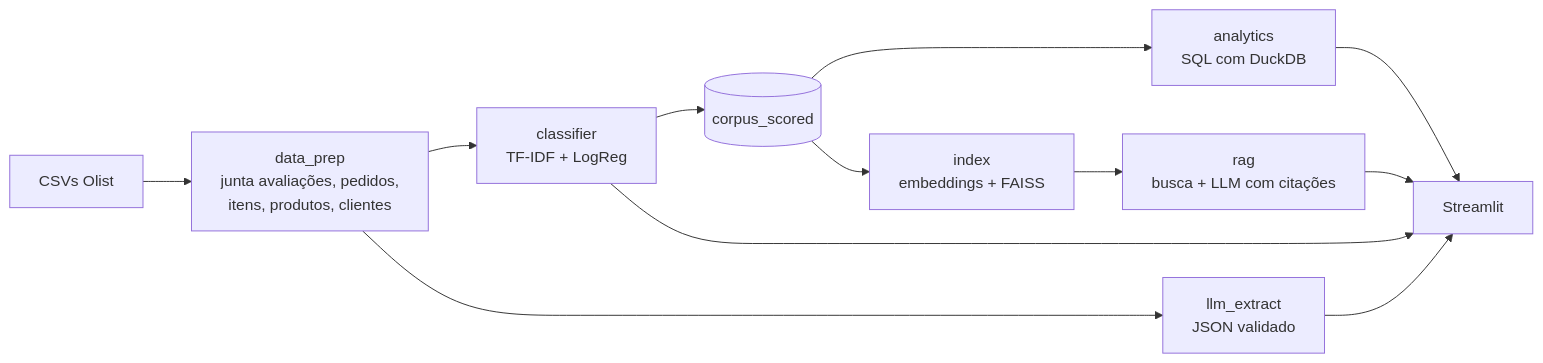
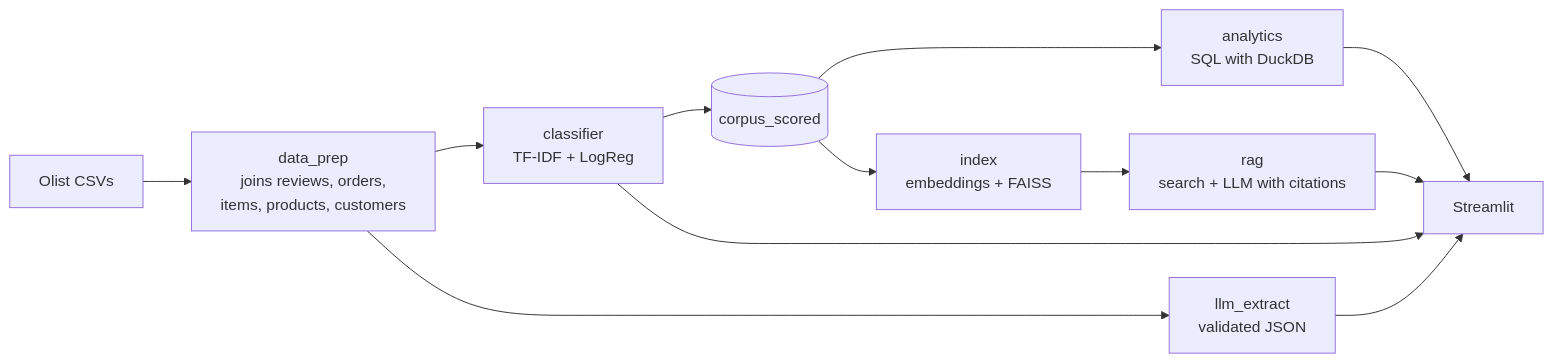
One commit to rodrigodriemeier/Voice-of-Customer-Intelligence-NLP-LLMs-RAG-on-100k-Olist-Reviews changed the diagram in README.md. Above: the diagram before and after it, drawn with Mermaid. The commit also changed other lines of this file and 3 other files, not shown here.

````diff
--- a/README.md
+++ b/README.md
@@ -63,14 +65,14 @@
 ```mermaid
 flowchart LR
-    A[CSVs Olist] --> B[data_prep<br/>junta avaliações, pedidos,<br/>itens, produtos, clientes]
+    A[Olist CSVs] --> B[data_prep<br/>joins reviews, orders,<br/>items, products, customers]
     B --> C[classifier<br/>TF-IDF + LogReg]
-    B --> D[llm_extract<br/>JSON validado]
+    B --> D[llm_extract<br/>validated JSON]
     C --> E[(corpus_scored)]
     E --> F[index<br/>embeddings + FAISS]
-    E --> G[analytics<br/>SQL com DuckDB]
-    F --> H[rag<br/>busca + LLM com citações]
+    E --> G[analytics<br/>SQL with DuckDB]
+    F --> H[rag<br/>search + LLM with citations]
     G --> I[Streamlit]
     H --> I
     C --> I
     D --> I
 ```
````
